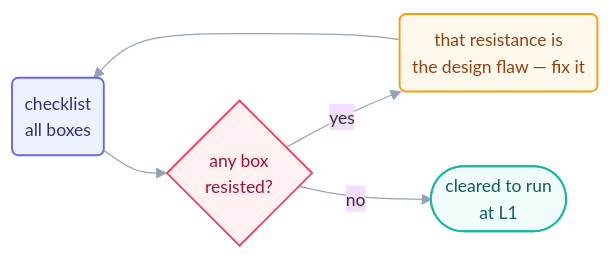
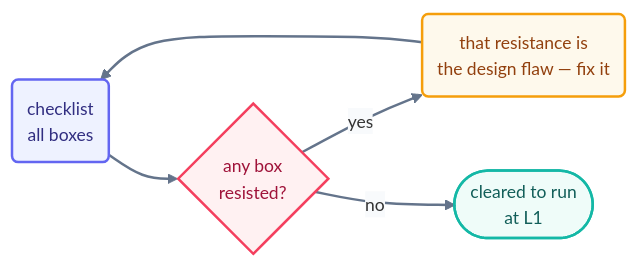
One commit to ayeshakhalid192007-dev/LoopEngineering-CrashCourse changed the diagram in docs/09-methods/loop-design-checklist.md. Above: the diagram before and after it, drawn with Mermaid. The commit also changed 66 other files, not shown here.

First line of the commit message:
docs(diagrams): bolden and unify all 70 mermaid diagrams

````diff
--- a/docs/09-methods/loop-design-checklist.md
+++ b/docs/09-methods/loop-design-checklist.md
@@ -57,12 +57,13 @@
 ```mermaid
-%%{init: {'theme':'base','themeVariables':{'fontFamily':'ui-sans-serif, system-ui, sans-serif','fontSize':'14px','lineColor':'#94a3b8'},'flowchart':{'curve':'basis','nodeSpacing':45,'rankSpacing':50,'padding':10}}}%%
+%%{init: {'theme':'base','themeVariables':{'fontFamily':'ui-sans-serif, system-ui, sans-serif','fontSize':'14px','lineColor':'#64748b','edgeLabelBackground':'#f8fafc'},'flowchart':{'curve':'basis','nodeSpacing':45,'rankSpacing':55,'padding':12}}}%%
 flowchart LR
     CL("checklist<br/>all boxes"):::step --> Q{"any box<br/>resisted?"}:::limit
     Q -->|yes| FIX("that resistance is<br/>the design flaw — fix it"):::warn
     FIX --> CL
     Q -->|no| RUN(["cleared to run<br/>at L1"]):::win
-    classDef step fill:#eef2ff,stroke:#6366f1,stroke-width:1.5px,color:#312e81;
-    classDef limit fill:#fff1f2,stroke:#f43f5e,stroke-width:1.5px,color:#9f1239;
-    classDef warn fill:#fef9ec,stroke:#f59e0b,stroke-width:1.5px,color:#92400e;
-    classDef win fill:#effcf9,stroke:#14b8a6,stroke-width:1.5px,color:#115e59;
+    linkStyle default stroke:#64748b,stroke-width:2px;
+    classDef step fill:#eef2ff,stroke:#6366f1,stroke-width:2px,color:#312e81;
+    classDef limit fill:#fff1f2,stroke:#f43f5e,stroke-width:2px,color:#9f1239;
+    classDef warn fill:#fef9ec,stroke:#f59e0b,stroke-width:2px,color:#92400e;
+    classDef win fill:#effcf9,stroke:#14b8a6,stroke-width:2px,color:#115e59;
 ```
````
